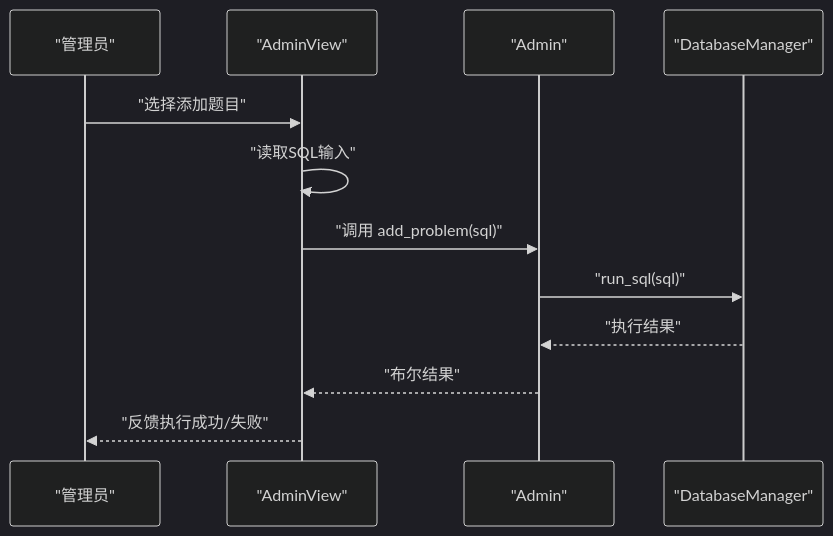
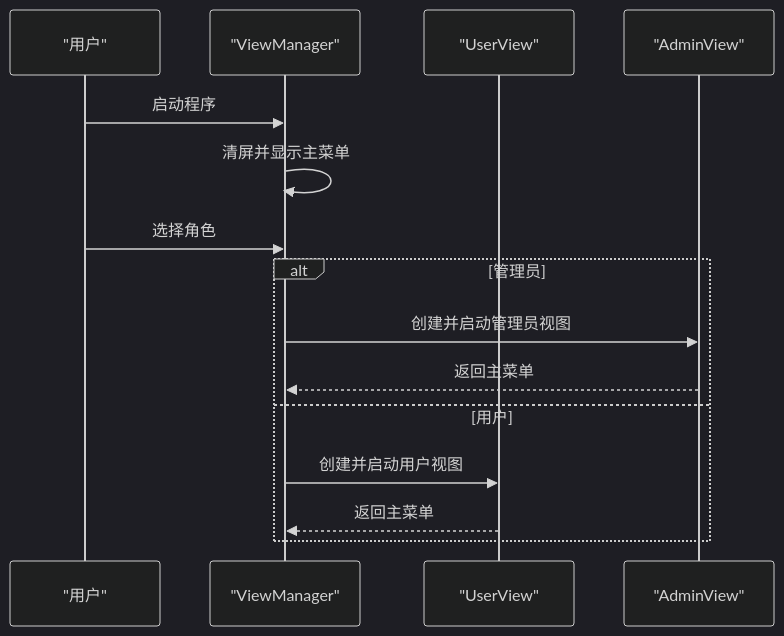
Before and after one commit to jinpeng900/OJ-Test: the third of 7 diagrams in .qoder/repowiki/zh/content/项目概述.md, drawn with Mermaid (dark theme). The commit also changed other lines of this file and 65 other files, not shown here.

````diff
--- a/.qoder/repowiki/zh/content/项目概述.md
+++ b/.qoder/repowiki/zh/content/项目概述.md
@@ -210,14 +199,17 @@
 ```mermaid
 sequenceDiagram
-participant U as "管理员"
-participant V as "AdminView"
-participant A as "Admin"
-participant D as "DatabaseManager"
-U->>V : "选择添加题目"
-V->>V : "读取SQL输入"
-V->>A : "调用 add_problem(sql)"
-A->>D : "run_sql(sql)"
-D-->>A : "执行结果"
-A-->>V : "布尔结果"
-V-->>U : "反馈执行成功/失败"
+participant User as "用户"
+participant VM as "ViewManager"
+participant UV as "UserView"
+participant AV as "AdminView"
+User->>VM : 启动程序
+VM->>VM : 清屏并显示主菜单
+User->>VM : 选择角色
+alt 管理员
+VM->>AV : 创建并启动管理员视图
+AV-->>VM : 返回主菜单
+else 用户
+VM->>UV : 创建并启动用户视图
+UV-->>VM : 返回主菜单
+end
 ```
````
